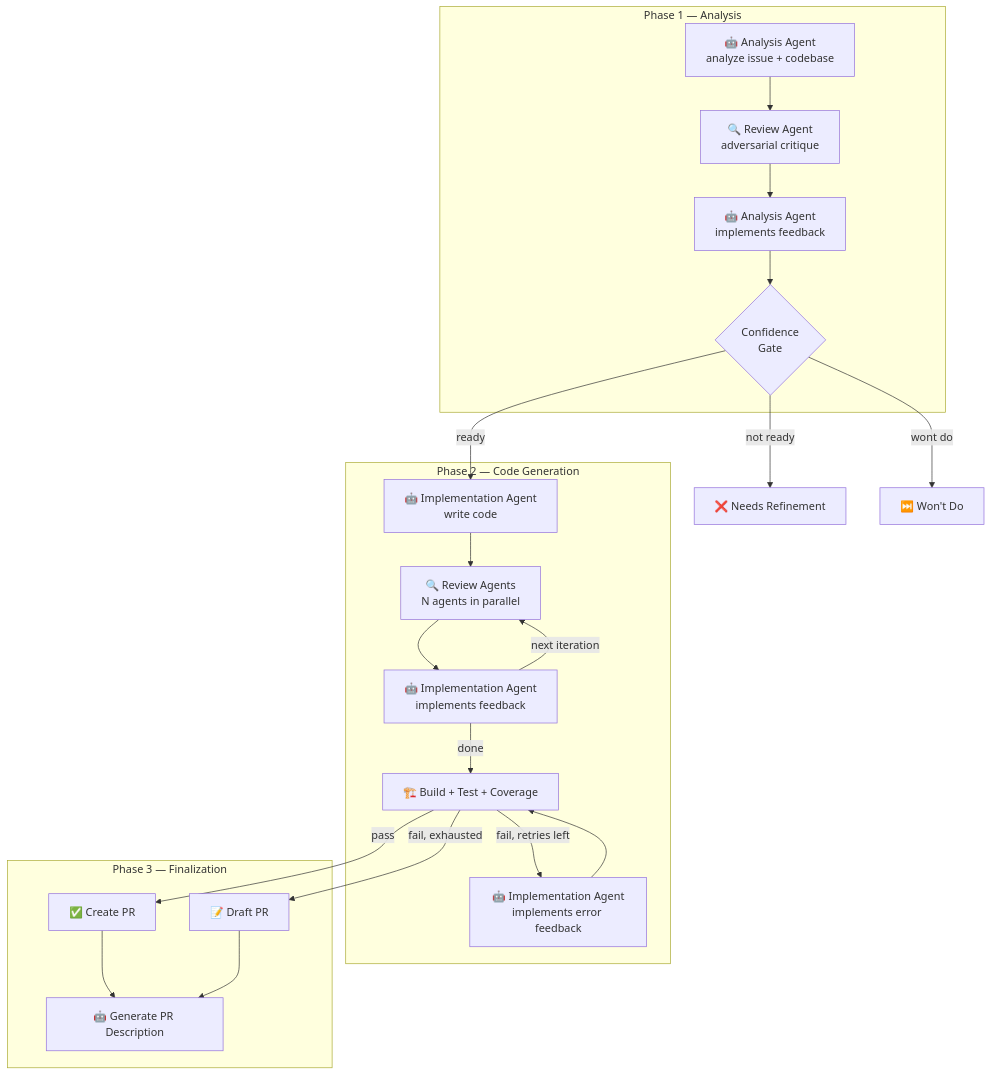
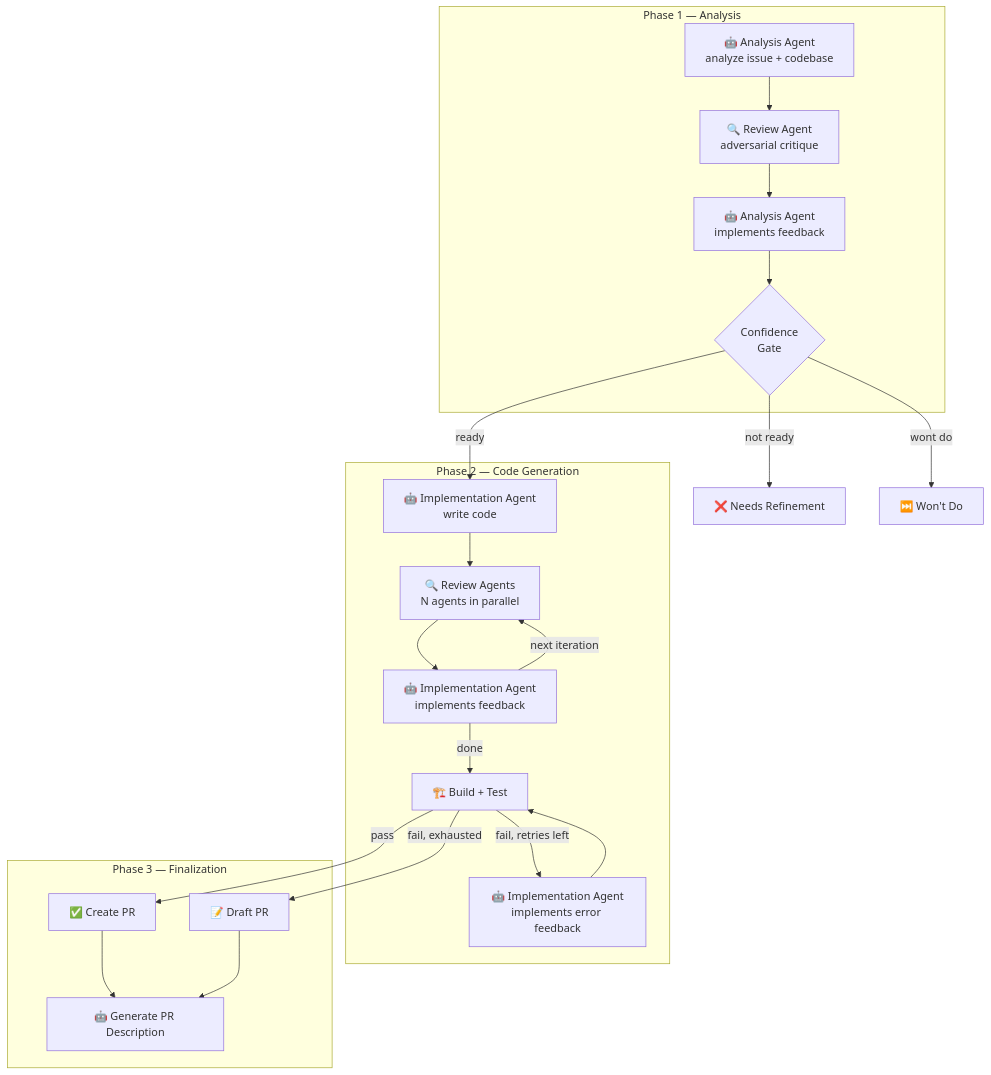
The first of 3 diagrams in README.md (Chemsorly/coding-agent-automation), drawn with Mermaid before and after one commit. The commit also changed other lines of this file, not shown here.

````diff
--- a/README.md
+++ b/README.md
@@ -38,44 +38,44 @@
 ```mermaid
 flowchart TD
     subgraph Phase1["Phase 1 — Analysis"]
         A1[🤖 Analysis Agent<br/>analyze issue + codebase]
         A2[🔍 Review Agent<br/>adversarial critique]
         A3[🤖 Analysis Agent<br/>implements feedback]
         A5{Confidence<br/>Gate}
 
         A1 --> A2
         A2 --> A3
         A3 --> A5
     end
 
     A5 -->|not ready| FAIL1[❌ Needs Refinement]
     A5 -->|wont do| SKIP[⏭️ Won't Do]
     A5 -->|ready| B1
 
     subgraph Phase2["Phase 2 — Code Generation"]
         B1[🤖 Implementation Agent<br/>write code]
         C1[🔍 Review Agents<br/>N agents in parallel]
         C2[🤖 Implementation Agent<br/>implements feedback]
-        D1[🏗️ Build + Test + Coverage]
+        D1[🏗️ Build + Test]
         D2[🤖 Implementation Agent<br/>implements error feedback]
 
         B1 --> C1
         C1 --> C2
         C2 -->|next iteration| C1
         C2 -->|done| D1
         D1 -->|fail, retries left| D2
         D2 --> D1
     end
 
     D1 -->|pass| E1
     D1 -->|fail, exhausted| E2
 
     subgraph Phase3["Phase 3 — Finalization"]
         E1[✅ Create PR]
         E2[📝 Draft PR]
         E3[🤖 Generate PR Description]
 
         E1 --> E3
         E2 --> E3
     end
 ```
````
